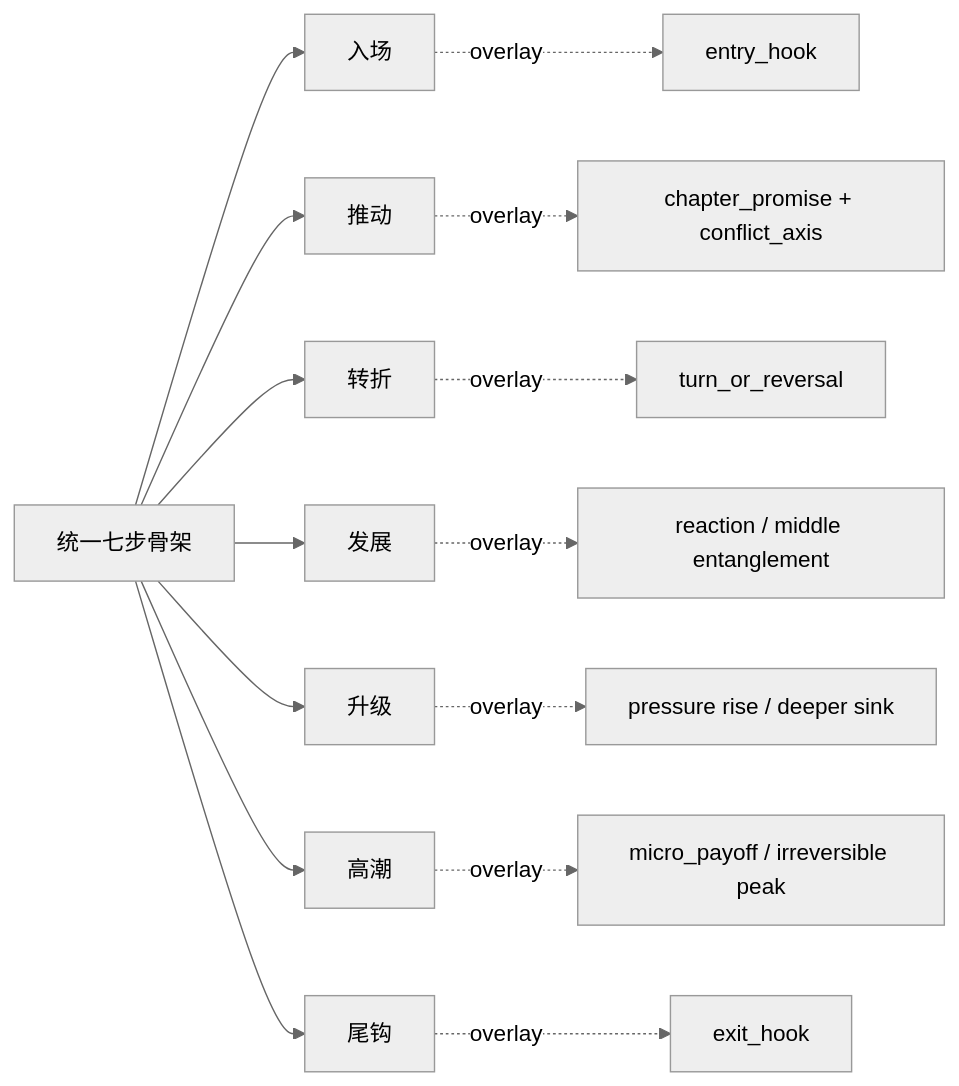
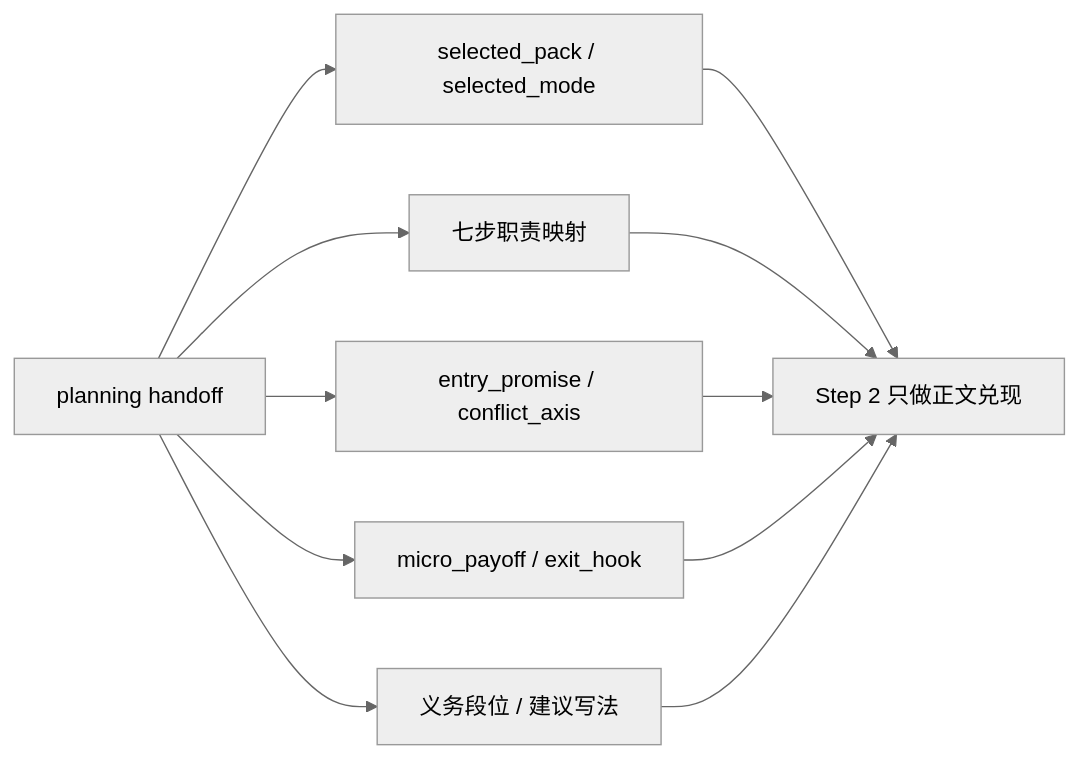
Before and after one commit to ZEN-VOID/AI-CUT: the second of 4 diagrams in .agents/skills/story/3-Drafting/2-节奏优化/SKILL.md, drawn with Mermaid (neutral theme). The commit also changed other lines of this file and 281 other files, not shown here.

````diff
--- a/.agents/skills/story/3-Drafting/2-节奏优化/SKILL.md
+++ b/.agents/skills/story/3-Drafting/2-节奏优化/SKILL.md
@@ -177,17 +182,13 @@
 ```mermaid
 flowchart LR
-    A["统一七步骨架"] --> B["入场"]
-    A --> C["推动"]
-    A --> D["转折"]
-    A --> E["发展"]
-    A --> F["升级"]
-    A --> G["高潮"]
-    A --> H["尾钩"]
-    B -. overlay .-> B2["entry_hook"]
-    C -. overlay .-> C2["chapter_promise + conflict_axis"]
-    D -. overlay .-> D2["turn_or_reversal"]
-    E -. overlay .-> E2["reaction / middle entanglement"]
-    F -. overlay .-> F2["pressure rise / deeper sink"]
-    G -. overlay .-> G2["micro_payoff / irreversible peak"]
-    H -. overlay .-> H2["exit_hook"]
+    A["planning handoff"] --> B["selected_pack / selected_mode"]
+    A --> C["七步职责映射"]
+    A --> D["entry_promise / conflict_axis"]
+    A --> E["micro_payoff / exit_hook"]
+    A --> F["义务段位 / 建议写法"]
+    B --> G["Step 2 只做正文兑现"]
+    C --> G
+    D --> G
+    E --> G
+    F --> G
 ```
````
